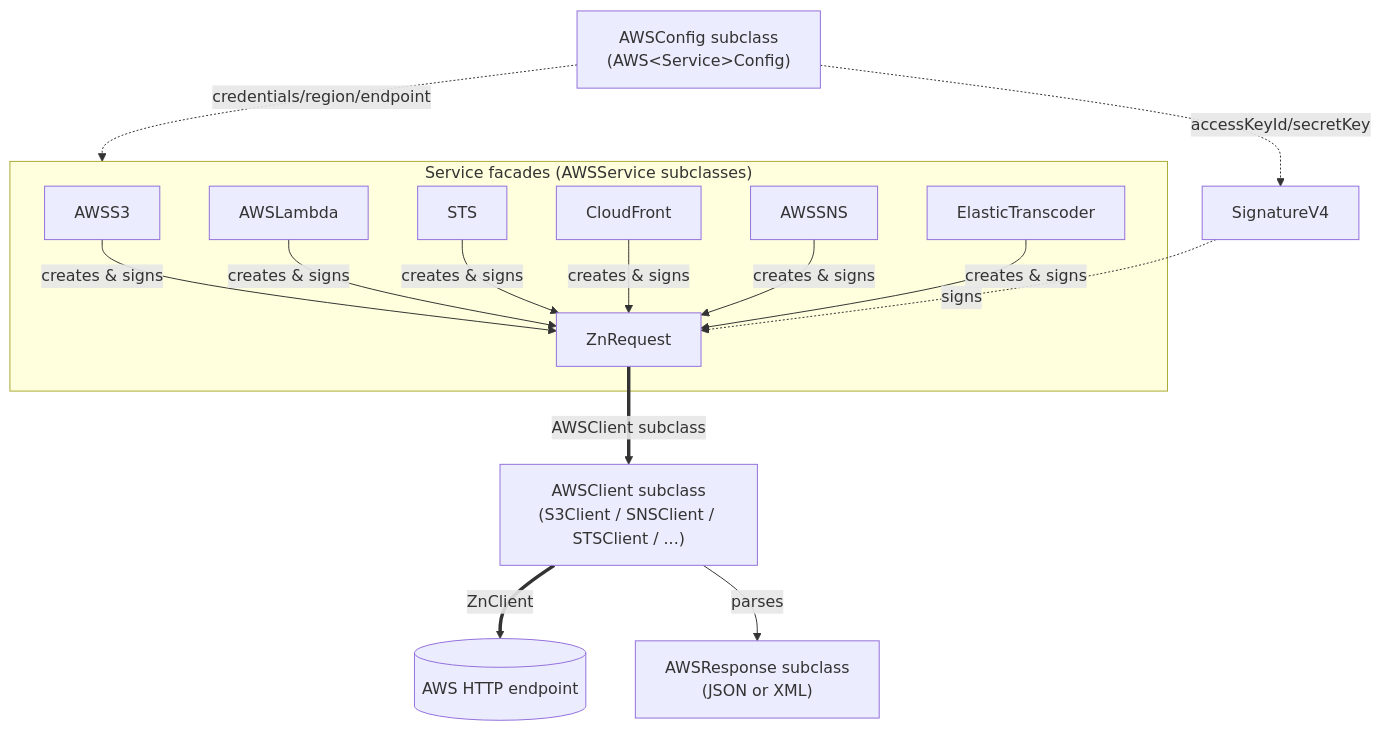
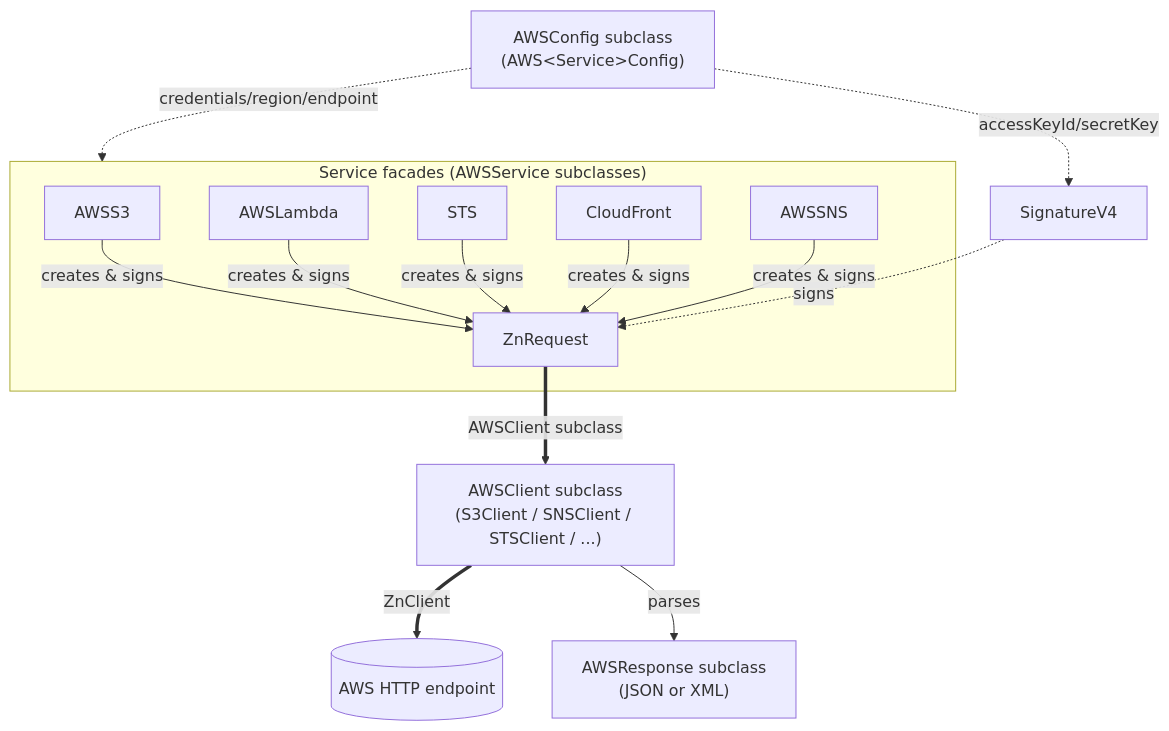
Before and after one commit to newapplesho/aws-sdk-smalltalk: the diagram in docs/architecture.md, drawn with Mermaid. The commit also changed other lines of this file and 55 other files, not shown here.

````diff
--- a/docs/architecture.md
+++ b/docs/architecture.md
@@ -48,17 +47,16 @@
 ```mermaid
 flowchart TB
     subgraph FACADE["Service facades (AWSService subclasses)"]
         S3F[AWSS3] -->|creates & signs| REQ[ZnRequest]
         LAMBDA[AWSLambda] -->|creates & signs| REQ
         STSF[STS] -->|creates & signs| REQ
         CFF[CloudFront] -->|creates & signs| REQ
         SNSF[AWSSNS] -->|creates & signs| REQ
-        ETF[ElasticTranscoder] -->|creates & signs| REQ
     end
     SIG[SignatureV4] -.->|signs| REQ
     REQ ==>|AWSClient subclass| CLIENT["AWSClient subclass<br/>(S3Client / SNSClient / STSClient / ...)"]
     CLIENT ==>|ZnClient| HTTP[("AWS HTTP endpoint")]
     CLIENT -->|parses| RESP["AWSResponse subclass<br/>(JSON or XML)"]
     CONFIG["AWSConfig subclass<br/>(AWS&lt;Service&gt;Config)"] -.->|credentials/region/endpoint| FACADE
     CONFIG -.->|accessKeyId/secretKey| SIG
 ```
````
